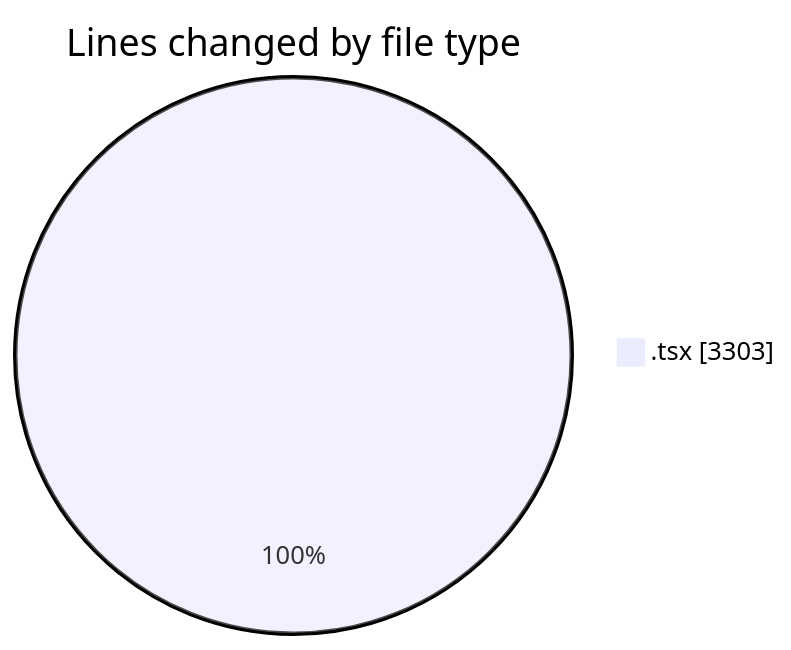
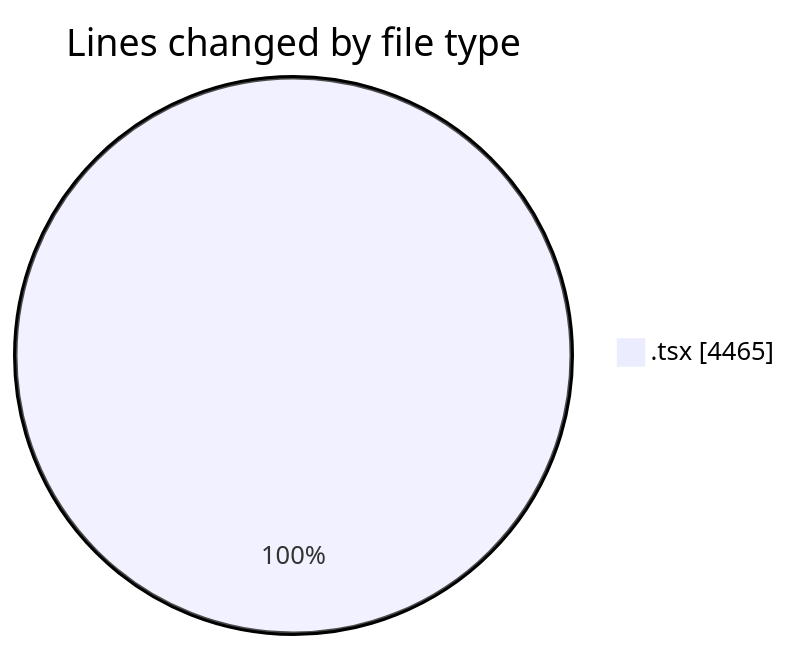
Before and after one commit to nxtqubesakshisongat/code-tracking: the first of 2 diagrams in 2026-06-24/nxtqube_webapp/README.md, drawn with Mermaid. The commit also changed other lines of this file and 1 other file, not shown here.

````diff
--- a/2026-06-24/nxtqube_webapp/README.md
+++ b/2026-06-24/nxtqube_webapp/README.md
@@ -23,5 +23,5 @@
 ```mermaid
 pie showData
 title Lines changed by file type
-".tsx" : 3303
+".tsx" : 4465
 ```
````
